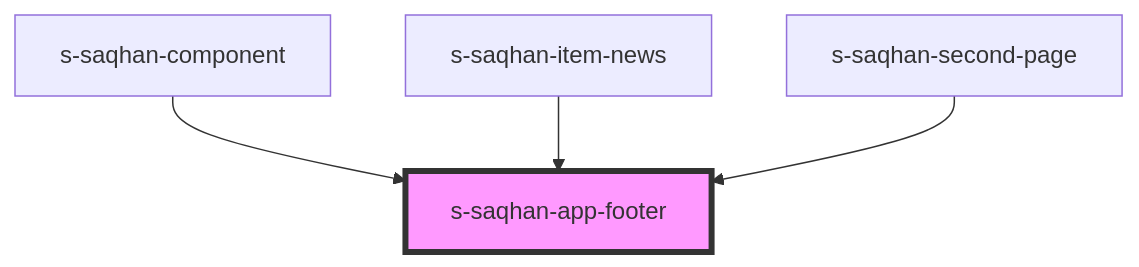
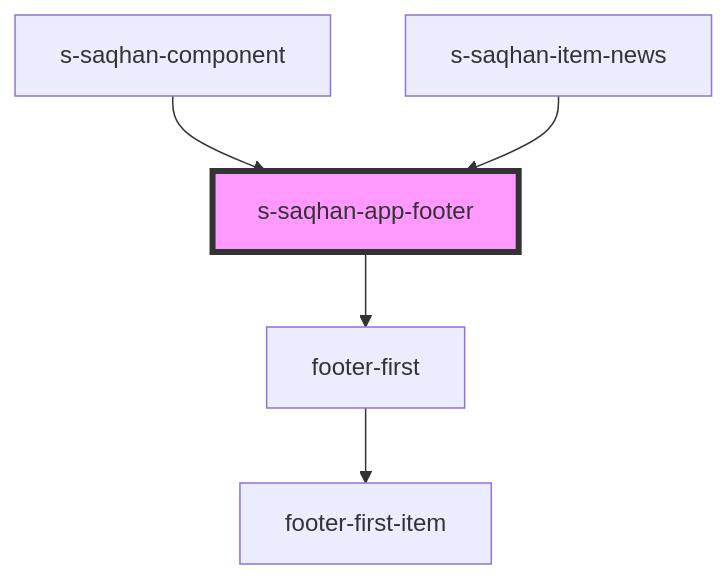
Before and after one commit to saqhan/stencil: the diagram in src/components/res/view/s-saqhan-app-footer/readme.md, drawn with Mermaid. The commit also changed other lines of this file and 84 other files, not shown here.

````diff
--- a/src/components/res/view/s-saqhan-app-footer/readme.md
+++ b/src/components/res/view/s-saqhan-app-footer/readme.md
@@ -17,7 +35,8 @@
 ```mermaid
 graph TD;
+  s-saqhan-app-footer --> footer-first
+  footer-first --> footer-first-item
   s-saqhan-component --> s-saqhan-app-footer
   s-saqhan-item-news --> s-saqhan-app-footer
-  s-saqhan-second-page --> s-saqhan-app-footer
   style s-saqhan-app-footer fill:#f9f,stroke:#333,stroke-width:4px
 ```
````
